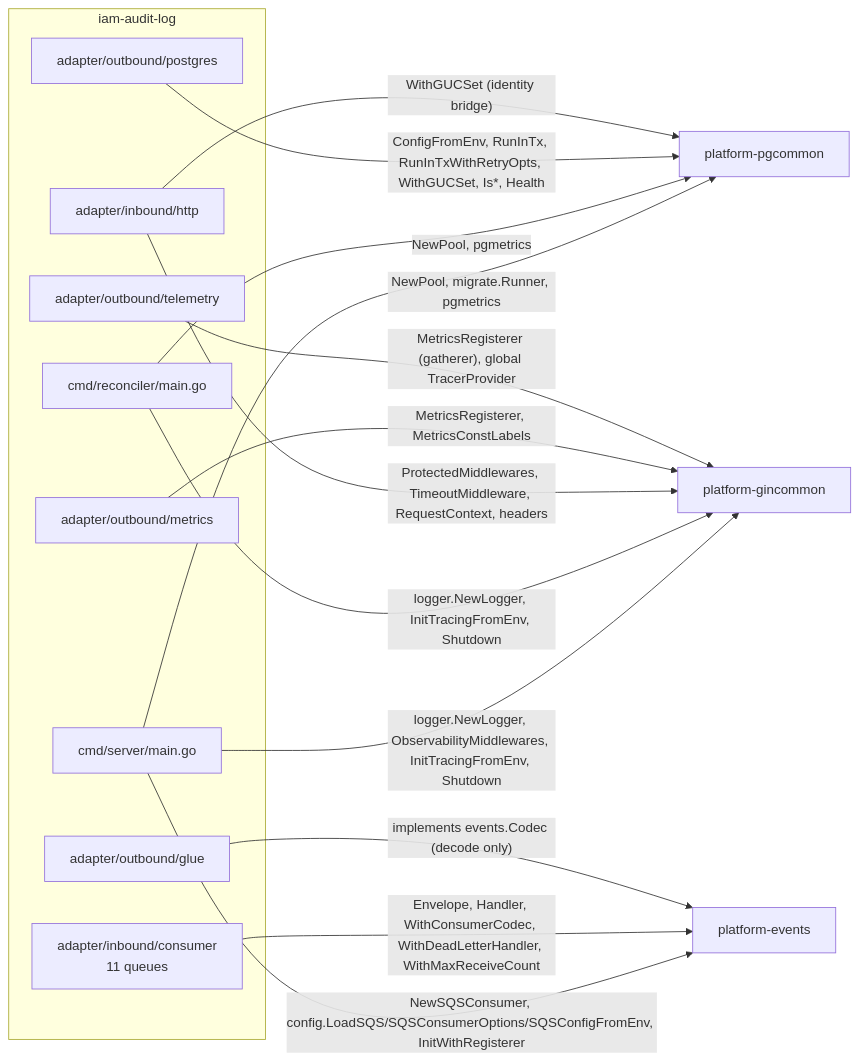
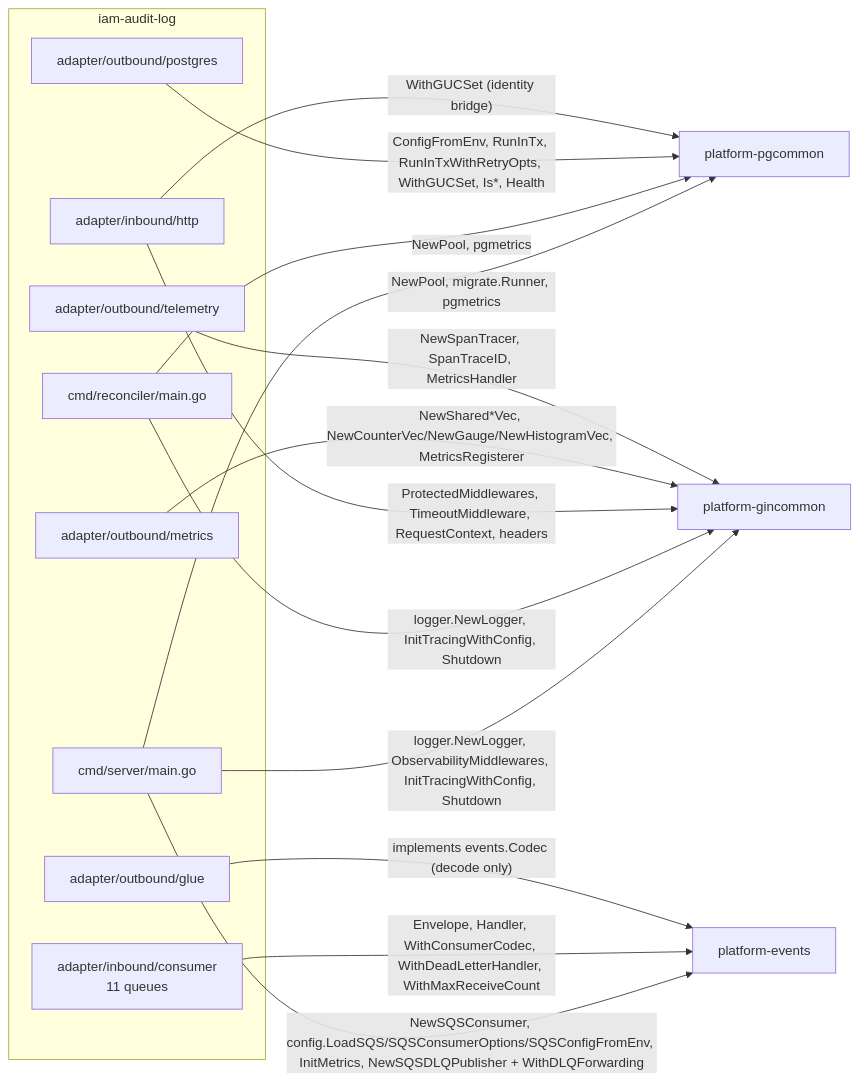
Before and after one commit to BCBP-SOLUTIONS-FZC-LLC/iam-audit-log: the first of 8 diagrams in docs/lld/iam-lld-audit-log-service.md, drawn with Mermaid. The commit also changed other lines of this file and 129 other files, not shown here.

First line of the commit message:
feat!: platform_* metrics, gincommon v1.6.0, docs/observability, production hardening (D-22, D-23) (#2)

````diff
--- a/docs/lld/iam-lld-audit-log-service.md
+++ b/docs/lld/iam-lld-audit-log-service.md
@@ -280,28 +286,28 @@
 ```mermaid
 flowchart LR
     subgraph svc["iam-audit-log"]
         MAIN["cmd/server/main.go"]
         RECON["cmd/reconciler/main.go"]
         HTTP["adapter/inbound/http"]
         CONS["adapter/inbound/consumer<br/>11 queues"]
         PG["adapter/outbound/postgres"]
         GL["adapter/outbound/glue"]
         MET["adapter/outbound/metrics"]
         TEL["adapter/outbound/telemetry"]
     end
     GIN["platform-gincommon"]
     PGC["platform-pgcommon"]
     EVT["platform-events"]
-    MAIN -->|"logger.NewLogger, ObservabilityMiddlewares, InitTracingFromEnv, Shutdown"| GIN
-    RECON -->|"logger.NewLogger, InitTracingFromEnv, Shutdown"| GIN
+    MAIN -->|"logger.NewLogger, ObservabilityMiddlewares, InitTracingWithConfig, Shutdown"| GIN
+    RECON -->|"logger.NewLogger, InitTracingWithConfig, Shutdown"| GIN
     HTTP -->|"ProtectedMiddlewares, TimeoutMiddleware, RequestContext, headers"| GIN
-    MET -->|"MetricsRegisterer, MetricsConstLabels"| GIN
-    TEL -->|"MetricsRegisterer (gatherer), global TracerProvider"| GIN
+    MET -->|"NewShared*Vec, NewCounterVec/NewGauge/NewHistogramVec, MetricsRegisterer"| GIN
+    TEL -->|"NewSpanTracer, SpanTraceID, MetricsHandler"| GIN
     MAIN -->|"NewPool, migrate.Runner, pgmetrics"| PGC
     RECON -->|"NewPool, pgmetrics"| PGC
     PG -->|"ConfigFromEnv, RunInTx, RunInTxWithRetryOpts, WithGUCSet, Is*, Health"| PGC
     HTTP -->|"WithGUCSet (identity bridge)"| PGC
-    MAIN -->|"NewSQSConsumer, config.LoadSQS/SQSConsumerOptions/SQSConfigFromEnv, InitWithRegisterer"| EVT
+    MAIN -->|"NewSQSConsumer, config.LoadSQS/SQSConsumerOptions/SQSConfigFromEnv, InitMetrics, NewSQSDLQPublisher + WithDLQForwarding"| EVT
     CONS -->|"Envelope, Handler, WithConsumerCodec, WithDeadLetterHandler, WithMaxReceiveCount"| EVT
     GL -->|"implements events.Codec (decode only)"| EVT
 ```
````
